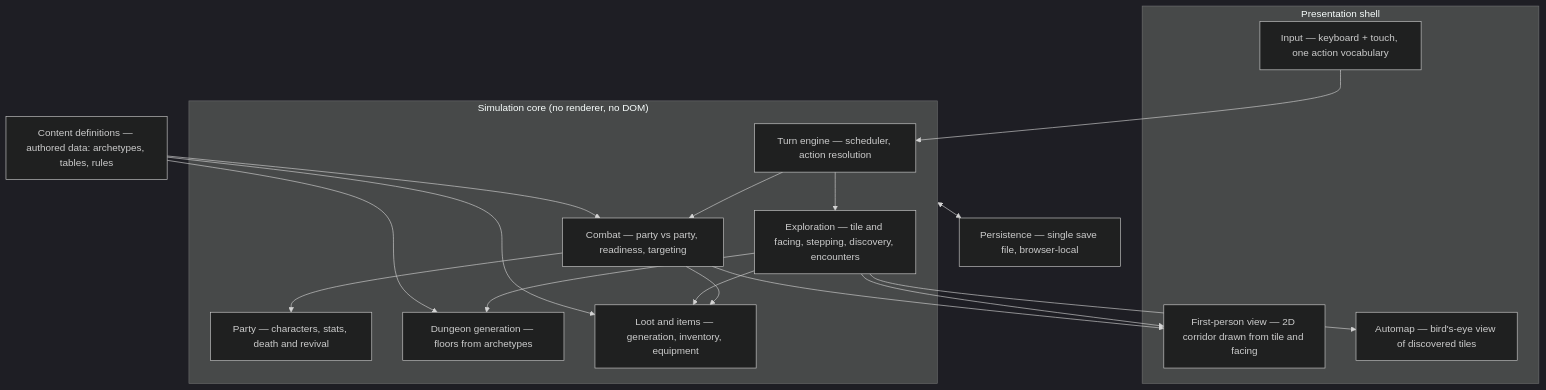
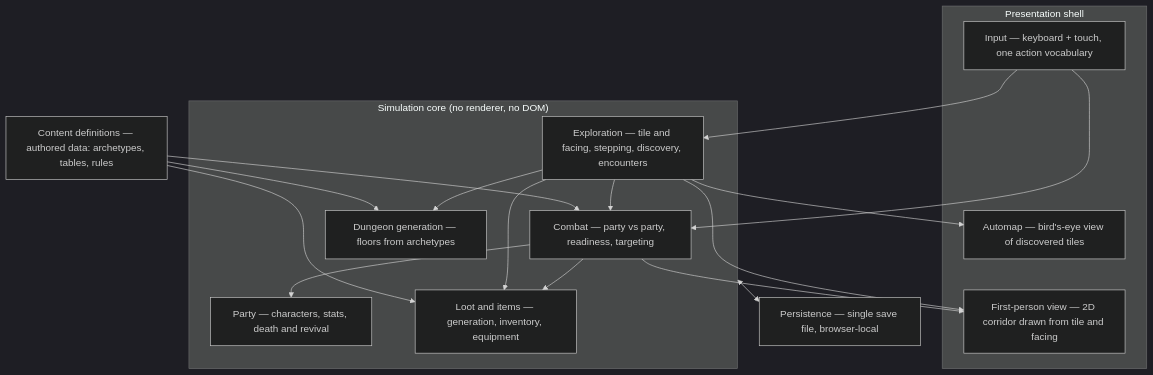
The diagram in docs/high-level-design.md (mjschleckser/deepcrawl), drawn with Mermaid (dark theme) before and after one commit. The commit also changed other lines of this file and 9 other files, not shown here.

````diff
--- a/docs/high-level-design.md
+++ b/docs/high-level-design.md
@@ -153,35 +153,34 @@
 ```mermaid
 flowchart TB
     subgraph shell["Presentation shell"]
         view["First-person view — 2D corridor drawn from tile and facing"]
         automap["Automap — bird's-eye view of discovered tiles"]
         input["Input — keyboard + touch, one action vocabulary"]
     end
 
     subgraph sim["Simulation core (no renderer, no DOM)"]
-        turn["Turn engine — scheduler, action resolution"]
         combat["Combat — party vs party, readiness, targeting"]
         party["Party — characters, stats, death and revival"]
         explore["Exploration — tile and facing, stepping, discovery, encounters"]
         dungeon["Dungeon generation — floors from archetypes"]
         loot["Loot and items — generation, inventory, equipment"]
     end
 
     content["Content definitions — authored data: archetypes, tables, rules"]
     save["Persistence — single save file, browser-local"]
 
-    input --> turn
+    input --> explore
+    input --> combat
     explore --> view
     explore --> automap
     combat --> view
-    turn --> combat
-    turn --> explore
+    explore --> combat
     combat --> party
     explore --> dungeon
     combat --> loot
     explore --> loot
     content --> dungeon
     content --> combat
     content --> loot
     sim <--> save
 ```
````
